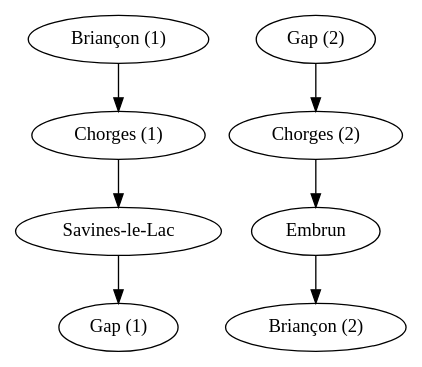
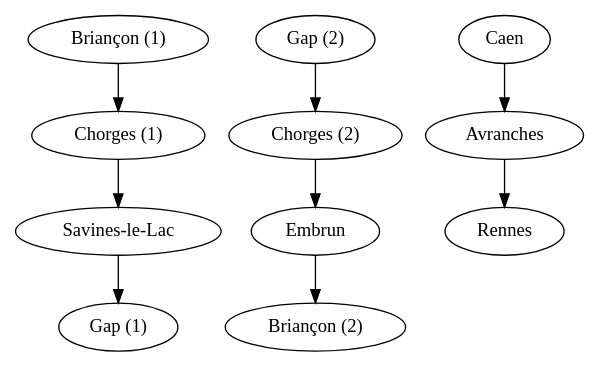
The first of 7 diagrams in autostop.fr.rst (Naereen/web-sphinx), drawn with Graphviz before and after one commit. The commit also changed other lines of this file and 1 other file, not shown here.

Commit message:
Ajout voyage fin novembre Caen → Avranches → Rennes

```diff
--- a/autostop.fr.rst
+++ b/autostop.fr.rst
@@ -25,4 +25,5 @@
 .. digraph:: france17
 
    "Briançon (1)" -> "Chorges (1)" -> "Savines-le-Lac" -> "Gap (1)";
    "Gap (2)" -> "Chorges (2)" -> "Embrun" -> "Briançon (2)";
+   "Caen" -> "Avranches" -> "Rennes";
```
